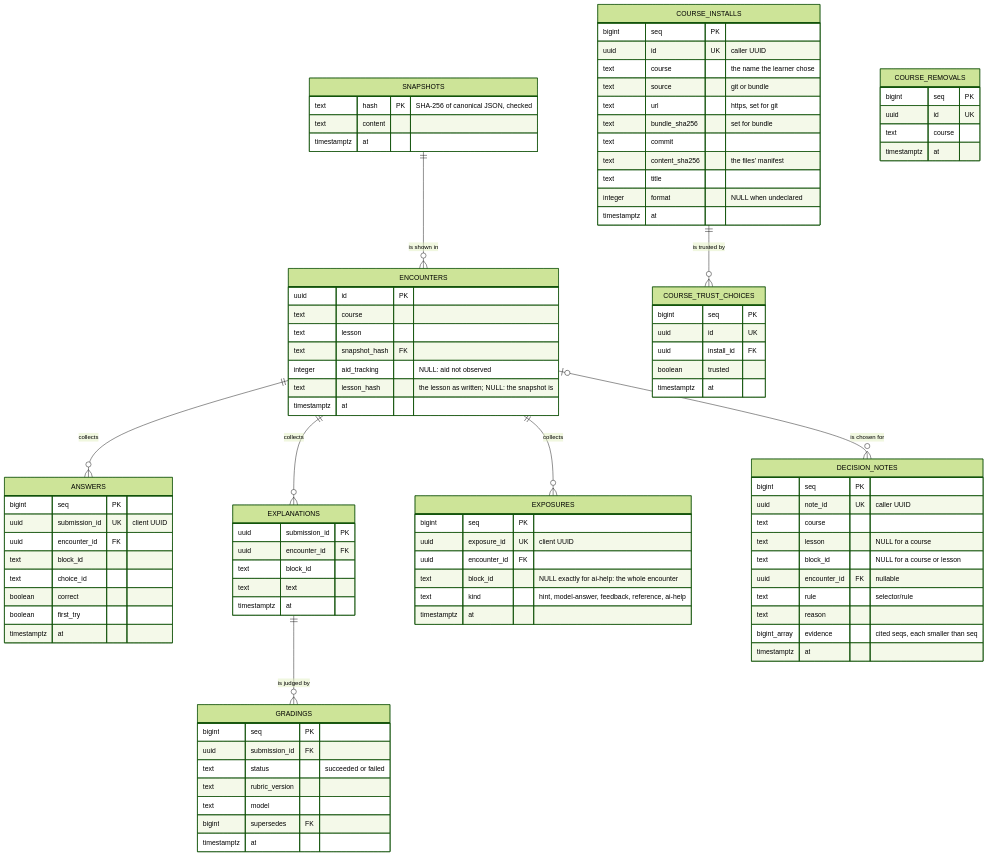
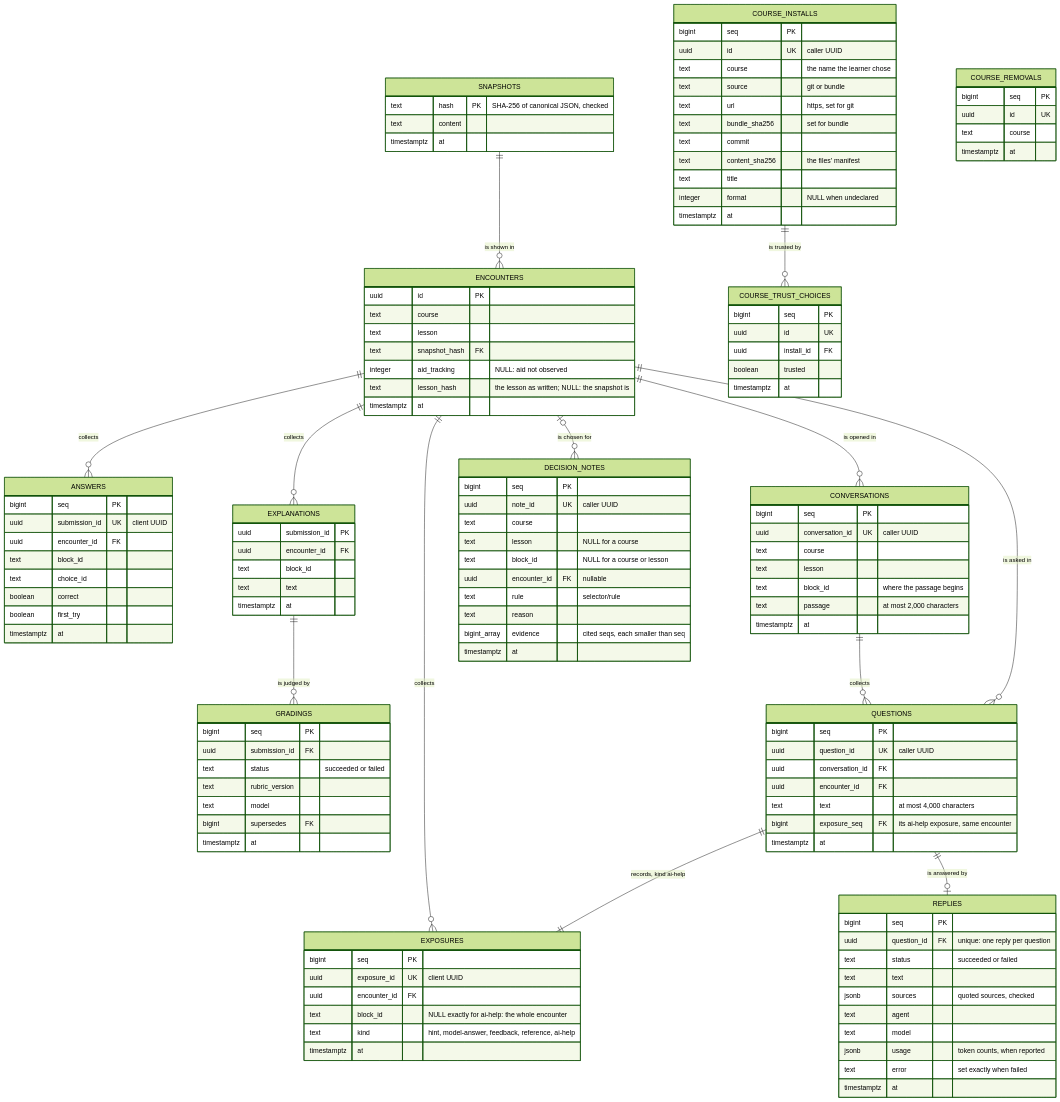
The third of 4 diagrams in docs/topics/architecture/README.md (flyingrobots/school), drawn with Mermaid (forest theme) before and after one commit. The commit also changed other lines of this file and 10 other files, not shown here.

```diff
--- a/docs/topics/architecture/README.md
+++ b/docs/topics/architecture/README.md
@@ -453,6 +479,41 @@
         text kind "hint, model-answer, feedback, reference, ai-help"
         timestamptz at
     }
+    ENCOUNTERS ||--o{ CONVERSATIONS : "is opened in"
+    CONVERSATIONS ||--o{ QUESTIONS : "collects"
+    ENCOUNTERS ||--o{ QUESTIONS : "is asked in"
+    QUESTIONS ||--|| EXPOSURES : "records, kind ai-help"
+    QUESTIONS ||--o| REPLIES : "is answered by"
+    CONVERSATIONS {
+        bigint seq PK
+        uuid conversation_id UK "caller UUID"
+        text course
+        text lesson
+        text block_id "where the passage begins"
+        text passage "at most 2,000 characters"
+        timestamptz at
+    }
+    QUESTIONS {
+        bigint seq PK
+        uuid question_id UK "caller UUID"
+        uuid conversation_id FK
+        uuid encounter_id FK
+        text text "at most 4,000 characters"
+        bigint exposure_seq FK "its ai-help exposure, same encounter"
+        timestamptz at
+    }
+    REPLIES {
+        bigint seq PK
+        uuid question_id FK "unique: one reply per question"
+        text status "succeeded or failed"
+        text text
+        jsonb sources "quoted sources, checked"
+        text agent
+        text model
+        jsonb usage "token counts, when reported"
+        text error "set exactly when failed"
+        timestamptz at
+    }
     ENCOUNTERS |o--o{ DECISION_NOTES : "is chosen for"
     DECISION_NOTES {
         bigint seq PK
```
